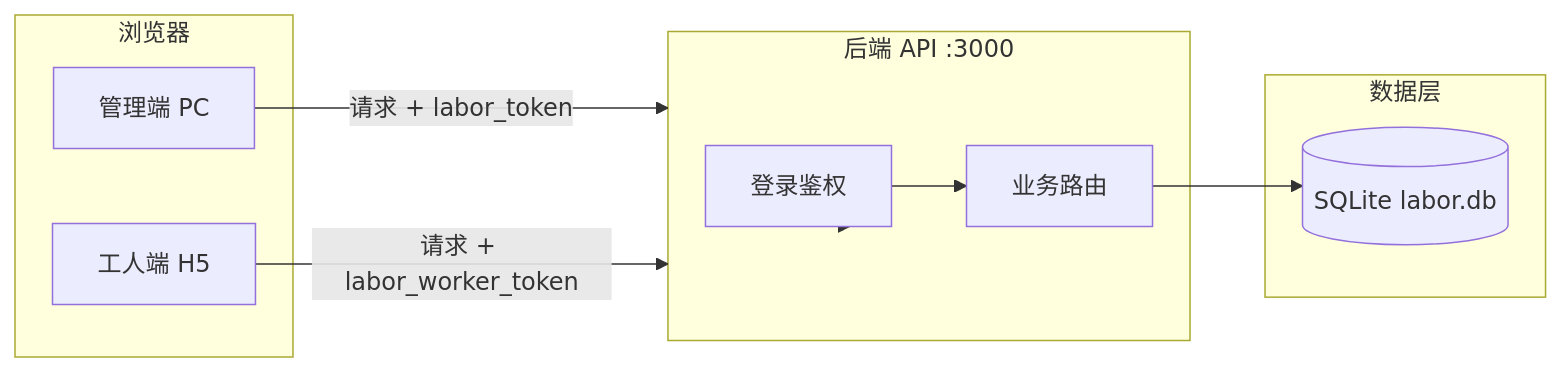
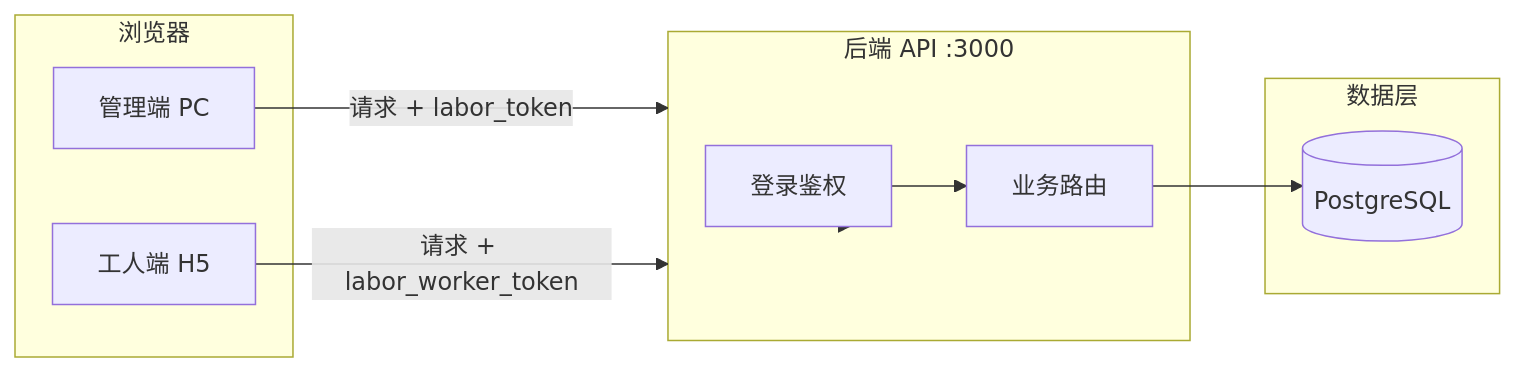
One commit to wanling131/Digital-Labor changed the first of 6 diagrams in 项目说明与架构.md. Above: the diagram before and after it, drawn with Mermaid. The commit also changed other lines of this file and 90 other files, not shown here.

````diff
--- a/项目说明与架构.md
+++ b/项目说明与架构.md
@@ -13,18 +13,18 @@
 ```mermaid
 flowchart LR
   subgraph Browser["浏览器"]
     PC[管理端 PC]
     H5[工人端 H5]
   end
   subgraph API["后端 API :3000"]
     Auth[登录鉴权]
     Routes[业务路由]
   end
   subgraph DB["数据层"]
-    SQLite[(SQLite labor.db)]
+    PostgreSQL[(PostgreSQL)]
   end
   PC -->|"请求 + labor_token"| API
   H5 -->|"请求 + labor_worker_token"| API
   API --> Auth --> Routes
-  Routes --> SQLite
+  Routes --> PostgreSQL
 ```
````
